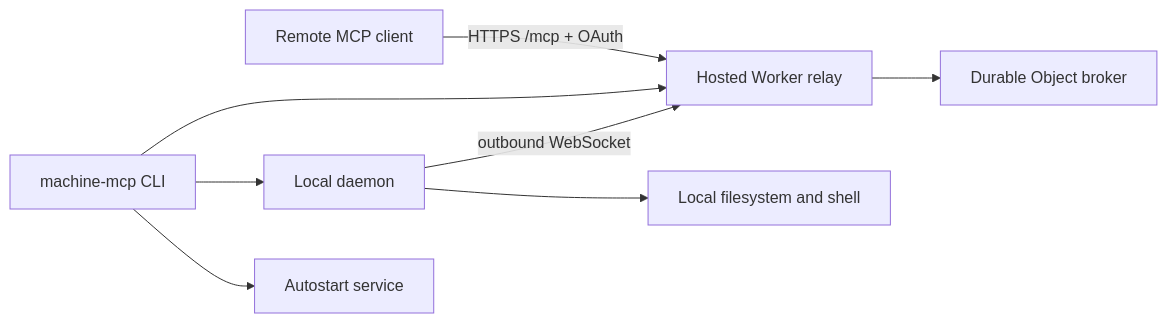
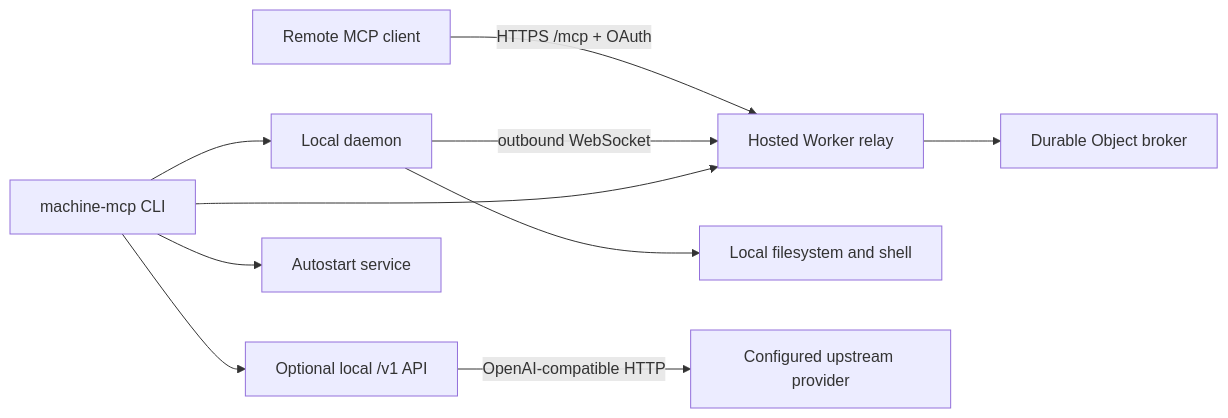
Before and after one commit to YuLeiFuYun/machine-bridge-mcp: the diagram in README.md, drawn with Mermaid. The commit also changed other lines of this file and 9 other files, not shown here.

Commit message:
Add local API provider

````diff
--- a/README.md
+++ b/README.md
@@ -180,10 +252,12 @@
 ```mermaid
 flowchart LR
   C["Remote MCP client"] -- "HTTPS /mcp + OAuth" --> W["Hosted Worker relay"]
   W --> DO["Durable Object broker"]
   D["Local daemon"] -- "outbound WebSocket" --> W
   D --> M["Local filesystem and shell"]
+  API["Optional local /v1 API"] -- "OpenAI-compatible HTTP" --> U["Configured upstream provider"]
+  CLI["machine-mcp CLI"] --> API
   CLI["machine-mcp CLI"] --> W
   CLI --> D
   CLI --> S["Autostart service"]
 ```
````
